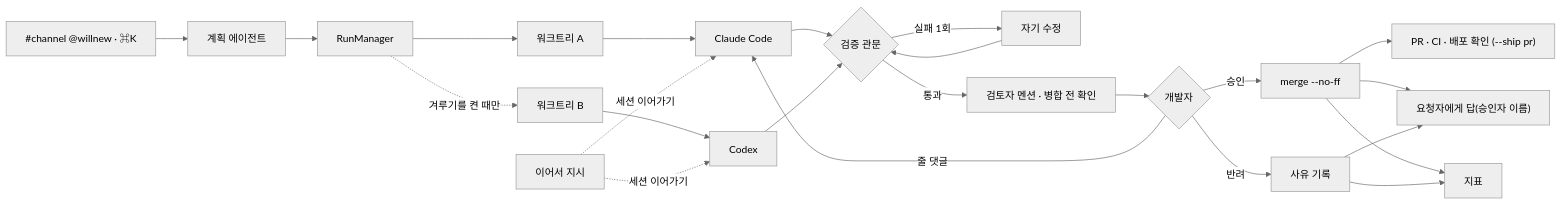
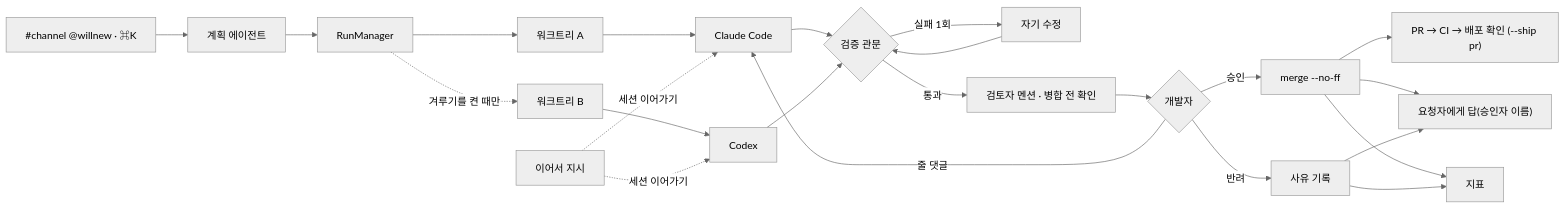
The diagram in README.md (Haejyn/willnew), drawn with Mermaid (neutral theme) before and after one commit. The commit also changed other lines of this file and 11 other files, not shown here.

````diff
--- a/README.md
+++ b/README.md
@@ -174,17 +175,17 @@
 ```mermaid
 flowchart LR
     U["#channel @willnew · ⌘K"] --> TR["계획 에이전트"]
     TR --> RM["RunManager"]
     RM --> W1["워크트리 A"] --> A1["Claude Code"]
     RM -. 겨루기를 켠 때만 .-> W2["워크트리 B"] --> A2["Codex"]
     H1["이어서 지시"] -. 세션 이어가기 .-> A1 & A2
     A1 & A2 --> V{"검증 관문"}
     V -->|실패 1회| R["자기 수정"] --> V
     V -->|통과| S["검토자 멘션 · 병합 전 확인"] --> H{"개발자"}
     H -->|줄 댓글| A1
     H -->|승인| M["merge --no-ff"]
     H -->|반려| X["사유 기록"]
-    M --> Y["PR · CI · 배포 확인 (--ship pr)"]
+    M --> Y["PR → CI → 배포 확인 (--ship pr)"]
     M & X --> Q["요청자에게 답(승인자 이름)"]
     M & X --> K["지표"]
 ```
````
